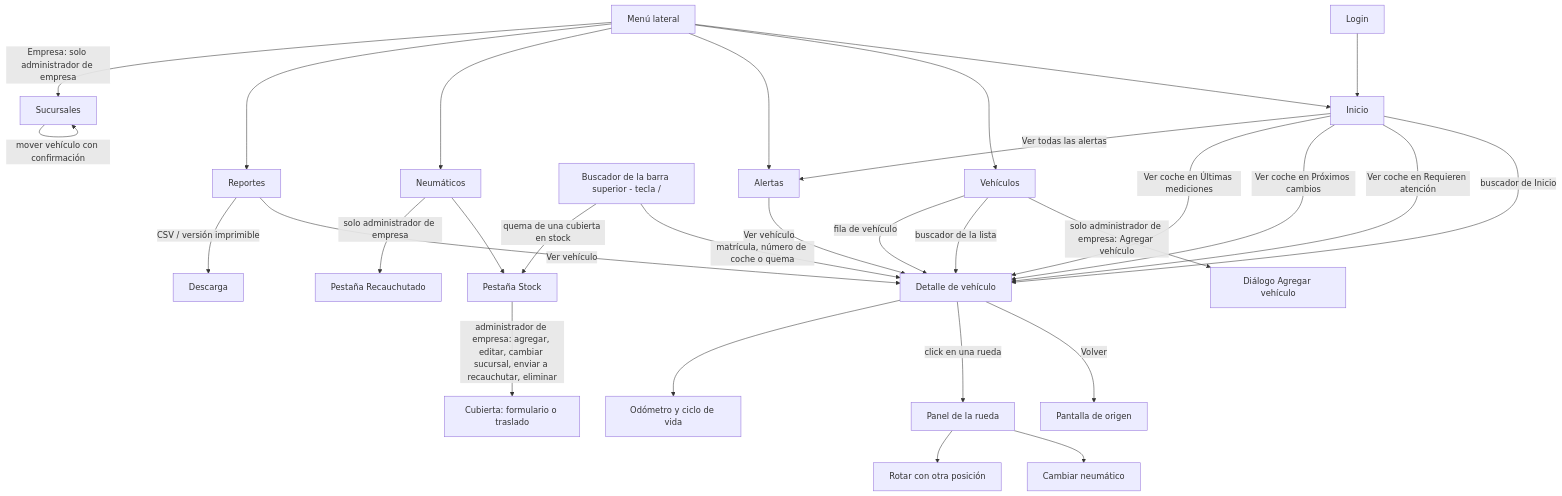
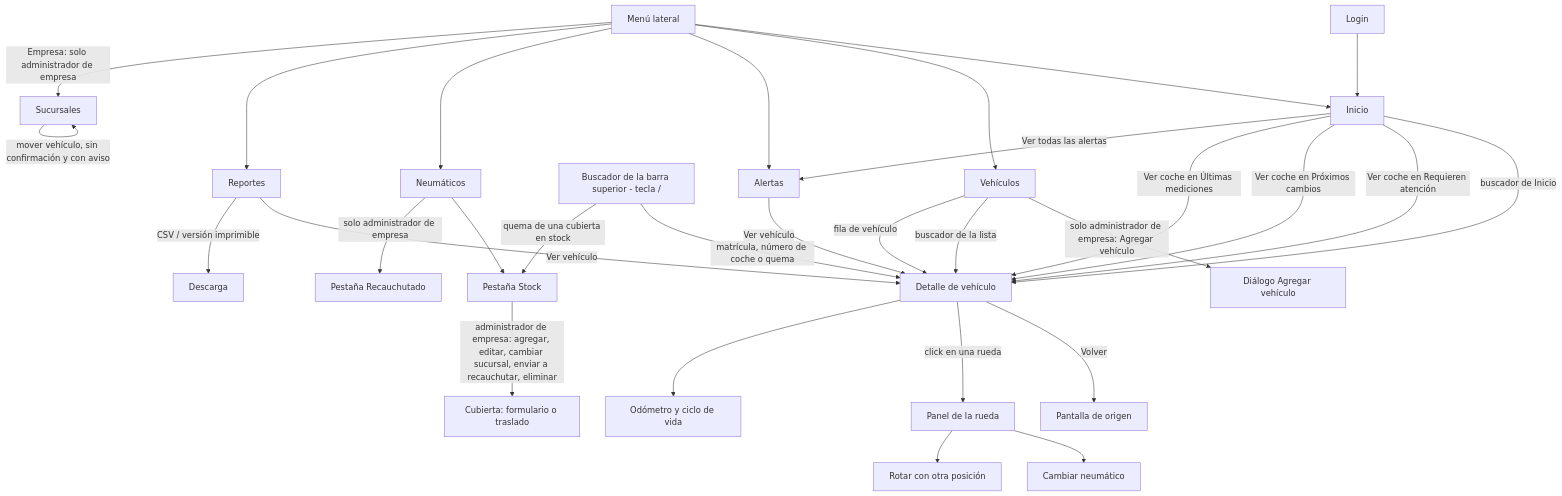
The first of 2 diagrams in docs/12-mapa-navegacion.md (EM-Organization/Neumet-Gestion), drawn with Mermaid before and after one commit. The commit also changed other lines of this file and 4 other files, not shown here.

Commit message:
UX: Sucursales: el mover ya no decide con la lista vieja (vuelta al origen); docs sin la confirmación que se quitó

````diff
--- a/docs/12-mapa-navegacion.md
+++ b/docs/12-mapa-navegacion.md
@@ -30,33 +30,33 @@
 ```mermaid
 flowchart TD
   L[Login] --> I[Inicio]
   M[Menú lateral] --> I
   M --> V[Vehículos]
   M --> A[Alertas]
   M --> N[Neumáticos]
   N --> S[Pestaña Stock]
   N -->|solo administrador de empresa| RC[Pestaña Recauchutado]
   S -->|administrador de empresa: agregar, editar, cambiar sucursal, enviar a recauchutar, eliminar| SC[Cubierta: formulario o traslado]
   M --> R[Reportes]
   M -->|Empresa: solo administrador de empresa| SU[Sucursales]
   SU -->|crear, renombrar, eliminar| SU
-  SU -->|mover vehículo con confirmación| SU
+  SU -->|mover vehículo, sin confirmación y con aviso| SU
   V -->|solo administrador de empresa: Agregar vehículo| VA[Diálogo Agregar vehículo]
   B[Buscador de la barra superior - tecla /] -->|matrícula, número de coche o quema| VD[Detalle de vehículo]
   B -->|quema de una cubierta en stock| S
   I -->|buscador de Inicio| VD
   I -->|Ver coche en Requieren atención| VD
   I -->|Ver coche en Próximos cambios| VD
   I -->|Ver coche en Últimas mediciones| VD
   I -->|Ver todas las alertas| A
   V -->|buscador de la lista| VD
   V -->|fila de vehículo| VD
   A -->|Ver vehículo| VD
   R -->|Ver vehículo| VD
   VD -->|Volver| ORIGEN[Pantalla de origen]
   VD -->|click en una rueda| PR[Panel de la rueda]
   PR --> CN[Cambiar neumático]
   PR --> RO[Rotar con otra posición]
   VD --> OD[Odómetro y ciclo de vida]
   R -->|CSV / versión imprimible| X[Descarga]
 ```
````
